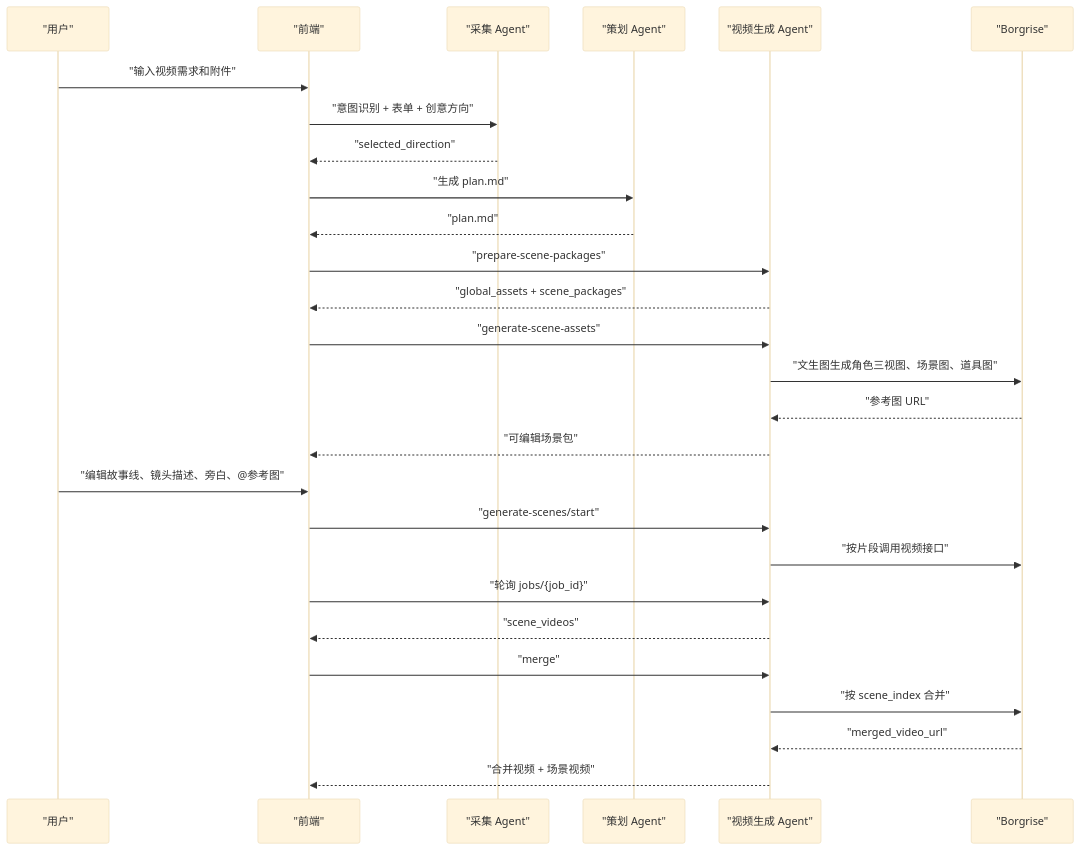
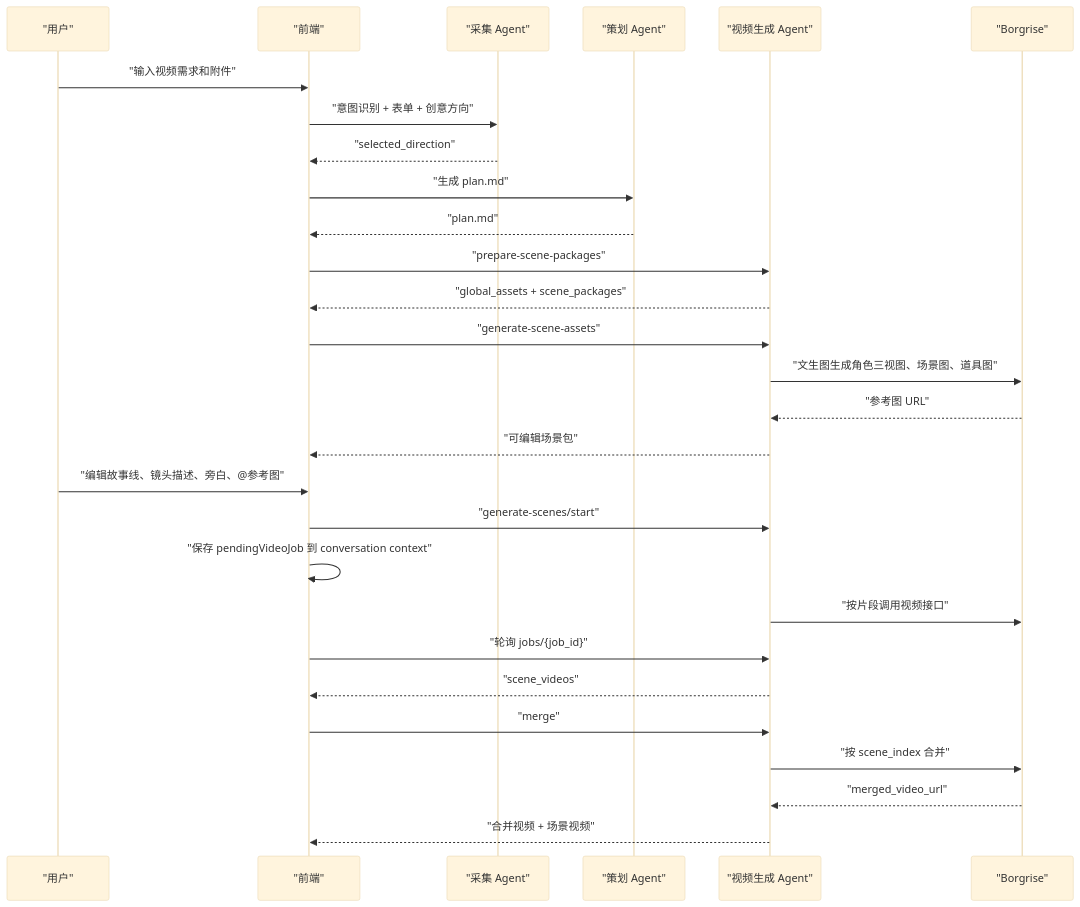
One commit to joyslxd/pixelflow changed the sixth of 7 diagrams in docs/pixelflow-agent-skill-flow-latest-design.md. Above: the diagram before and after it, drawn with Mermaid (base theme). The commit also changed other lines of this file and 7 other files, not shown here.

Commit message:
feat(video): 实现支持恢复的场景视频任务管理 - 引入了用于场景视频生成和再生的新任务管理系统，支持任务的持久化跟踪，并在对话恢复时实现任务恢复。 - 在工作区快照中添加了 `pendingVideoJob` 以存储任务元数据，使应用能够继续执行已有任务而无需重复创建。 - 实现了启动、轮询和获取场景视频任务的 API 调用，确保视频生成过程异步且高效地处理。 - 优化了用户界面，为正在进行的视频生成任务显示加载指示器，提升了长时间操作期间的用户体验。 - 更新了测试用例，以验证新视频任务管理功能的正确行为，确保功能稳定可靠并防止回归问题。

````diff
--- a/docs/pixelflow-agent-skill-flow-latest-design.md
+++ b/docs/pixelflow-agent-skill-flow-latest-design.md
@@ -361,29 +362,30 @@
 ```mermaid
 sequenceDiagram
   participant U as "用户"
   participant FE as "前端"
   participant IA as "采集 Agent"
   participant PA as "策划 Agent"
   participant VA as "视频生成 Agent"
   participant BG as "Borgrise"
   U->>FE: "输入视频需求和附件"
   FE->>IA: "意图识别 + 表单 + 创意方向"
   IA-->>FE: "selected_direction"
   FE->>PA: "生成 plan.md"
   PA-->>FE: "plan.md"
   FE->>VA: "prepare-scene-packages"
   VA-->>FE: "global_assets + scene_packages"
   FE->>VA: "generate-scene-assets"
   VA->>BG: "文生图生成角色三视图、场景图、道具图"
   BG-->>VA: "参考图 URL"
   VA-->>FE: "可编辑场景包"
   U->>FE: "编辑故事线、镜头描述、旁白、@参考图"
   FE->>VA: "generate-scenes/start"
+  FE->>FE: "保存 pendingVideoJob 到 conversation context"
   VA->>BG: "按片段调用视频接口"
   FE->>VA: "轮询 jobs/{job_id}"
   VA-->>FE: "scene_videos"
   FE->>VA: "merge"
   VA->>BG: "按 scene_index 合并"
   BG-->>VA: "merged_video_url"
   VA-->>FE: "合并视频 + 场景视频"
 ```
````
